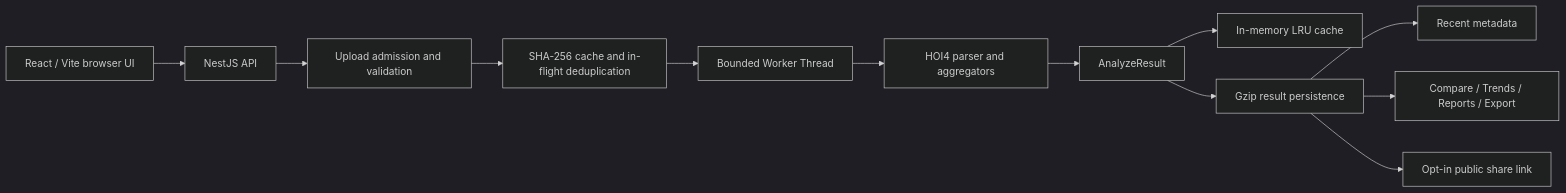
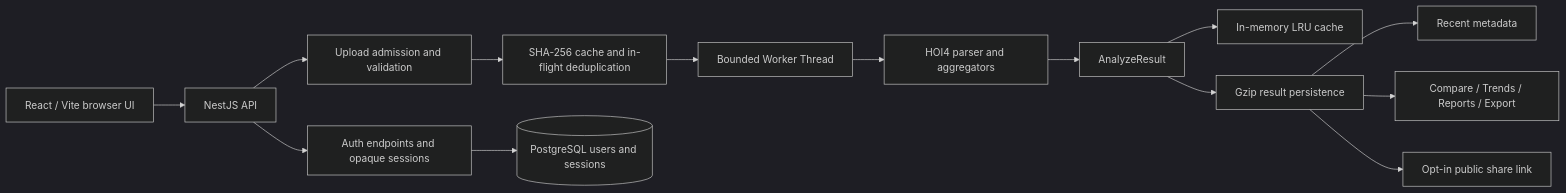
One commit to Panasenko-Vitalii-2005/hoi4-save-tracker changed the diagram in README.md. Above: the diagram before and after it, drawn with Mermaid (dark theme). The commit also changed other lines of this file and 25 other files, not shown here.

````diff
--- a/README.md
+++ b/README.md
@@ -69,14 +69,16 @@
 ```mermaid
 flowchart LR
   UI[React / Vite browser UI] --> API[NestJS API]
   API --> Gate[Upload admission and validation]
   Gate --> Hash[SHA-256 cache and in-flight deduplication]
   Hash --> Worker[Bounded Worker Thread]
   Worker --> Parser[HOI4 parser and aggregators]
   Parser --> Result[AnalyzeResult]
   Result --> Cache[In-memory LRU cache]
   Result --> Store[Gzip result persistence]
   Store --> Recent[Recent metadata]
   Store --> Views[Compare / Trends / Reports / Export]
   Store --> Share[Opt-in public share link]
+  API --> Auth[Auth endpoints and opaque sessions]
+  Auth --> Postgres[(PostgreSQL users and sessions)]
 ```
````
